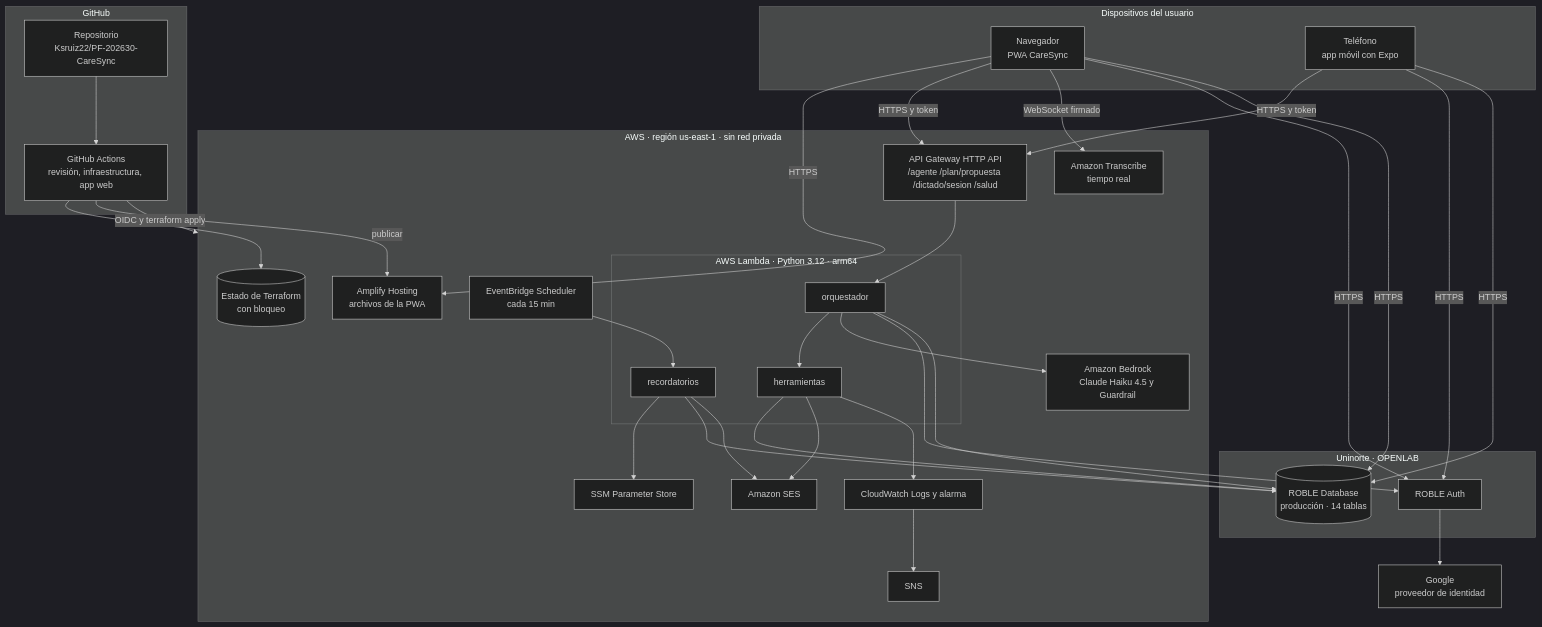
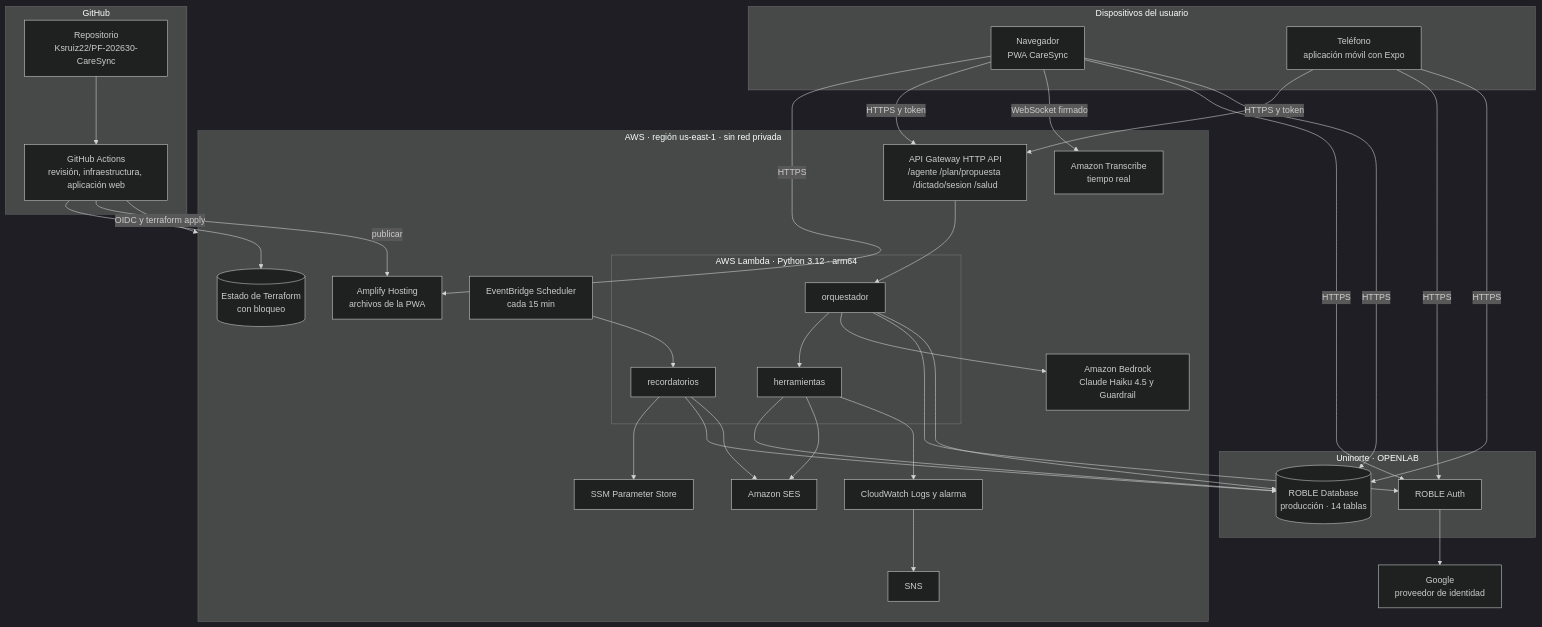
Before and after one commit to Ksruiz22/PF-202630-CareSync: the eighth of 8 diagrams in InformeFinal.md, drawn with Mermaid (dark theme). The commit also changed other lines of this file, not shown here.

````diff
--- a/InformeFinal.md
+++ b/InformeFinal.md
@@ -975,64 +1033,64 @@
 ```mermaid
 flowchart TB
     subgraph DEV["Dispositivos del usuario"]
         NAV["Navegador<br/>PWA CareSync"]
-        TEL["Teléfono<br/>app móvil con Expo"]
+        TEL["Teléfono<br/>aplicación móvil con Expo"]
     end
 
     subgraph GH["GitHub"]
         REPO["Repositorio<br/>Ksruiz22/PF-202630-CareSync"]
-        GHA["GitHub Actions<br/>revisión, infraestructura, app web"]
+        GHA["GitHub Actions<br/>revisión, infraestructura, aplicación web"]
     end
 
     subgraph AWS["AWS · región us-east-1 · sin red privada"]
         AMP["Amplify Hosting<br/>archivos de la PWA"]
         APIGW["API Gateway HTTP API<br/>/agente /plan/propuesta /dictado/sesion /salud"]
         subgraph LAM["AWS Lambda · Python 3.12 · arm64"]
             L1["orquestador"]
             L2["herramientas"]
             L3["recordatorios"]
         end
         SCH["EventBridge Scheduler<br/>cada 15 min"]
         BR["Amazon Bedrock<br/>Claude Haiku 4.5 y Guardrail"]
         TS["Amazon Transcribe<br/>tiempo real"]
         SES["Amazon SES"]
         CW["CloudWatch Logs y alarma"]
         SNS["SNS"]
         SSM["SSM Parameter Store"]
         TF[("Estado de Terraform<br/>con bloqueo")]
     end
 
     subgraph UNI["Uninorte · OPENLAB"]
         RA["ROBLE Auth"]
         RD[("ROBLE Database<br/>producción · 14 tablas")]
     end
 
     GOO["Google<br/>proveedor de identidad"]
 
     NAV -->|HTTPS| AMP
     NAV -->|HTTPS y token| APIGW
     NAV -->|WebSocket firmado| TS
     NAV -->|HTTPS| RA
     NAV -->|HTTPS| RD
     TEL -->|HTTPS y token| APIGW
     TEL -->|HTTPS| RA
     TEL -->|HTTPS| RD
     RA --> GOO
     APIGW --> L1
     L1 --> L2
     L1 --> BR
     L1 --> RA
     L1 --> RD
     L2 --> RD
     L2 --> SES
     L2 --> CW
     CW --> SNS
     SCH --> L3
     L3 --> SSM
     L3 --> RD
     L3 --> SES
     REPO --> GHA
     GHA -->|OIDC y terraform apply| AWS
     GHA --> TF
     GHA -->|publicar| AMP
 ```
````
